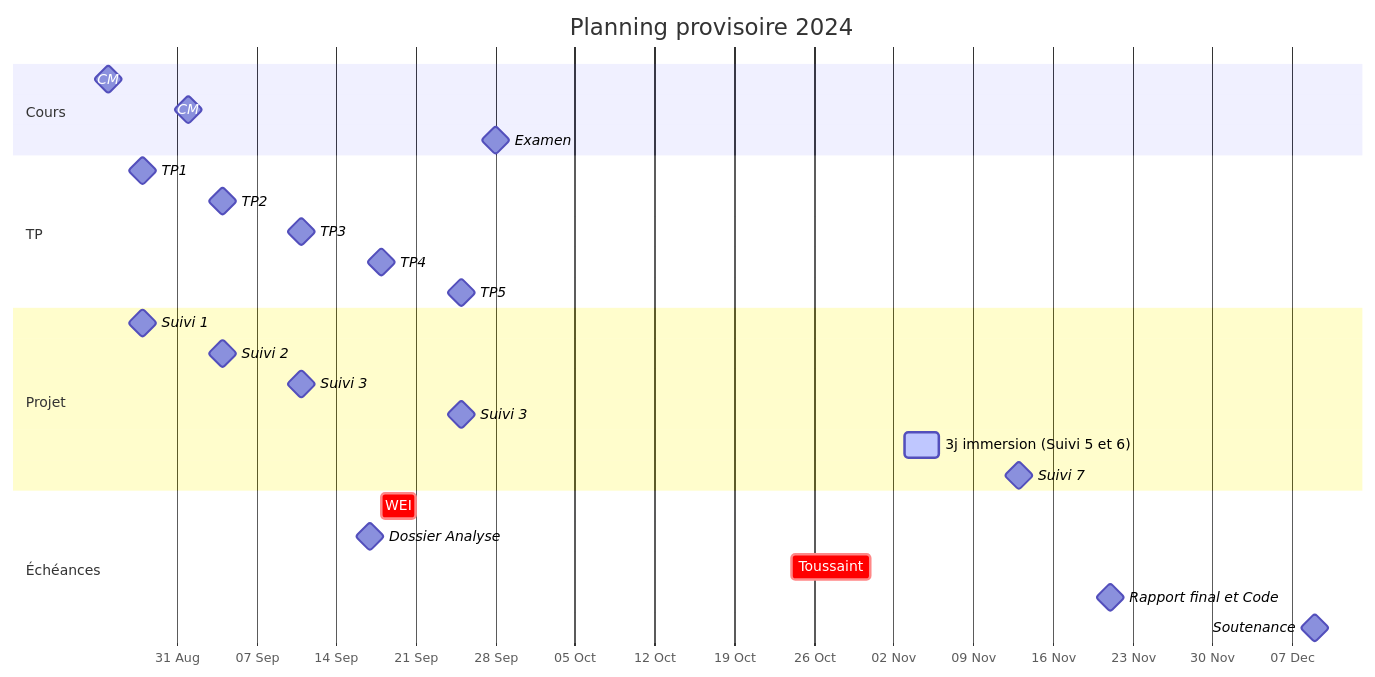
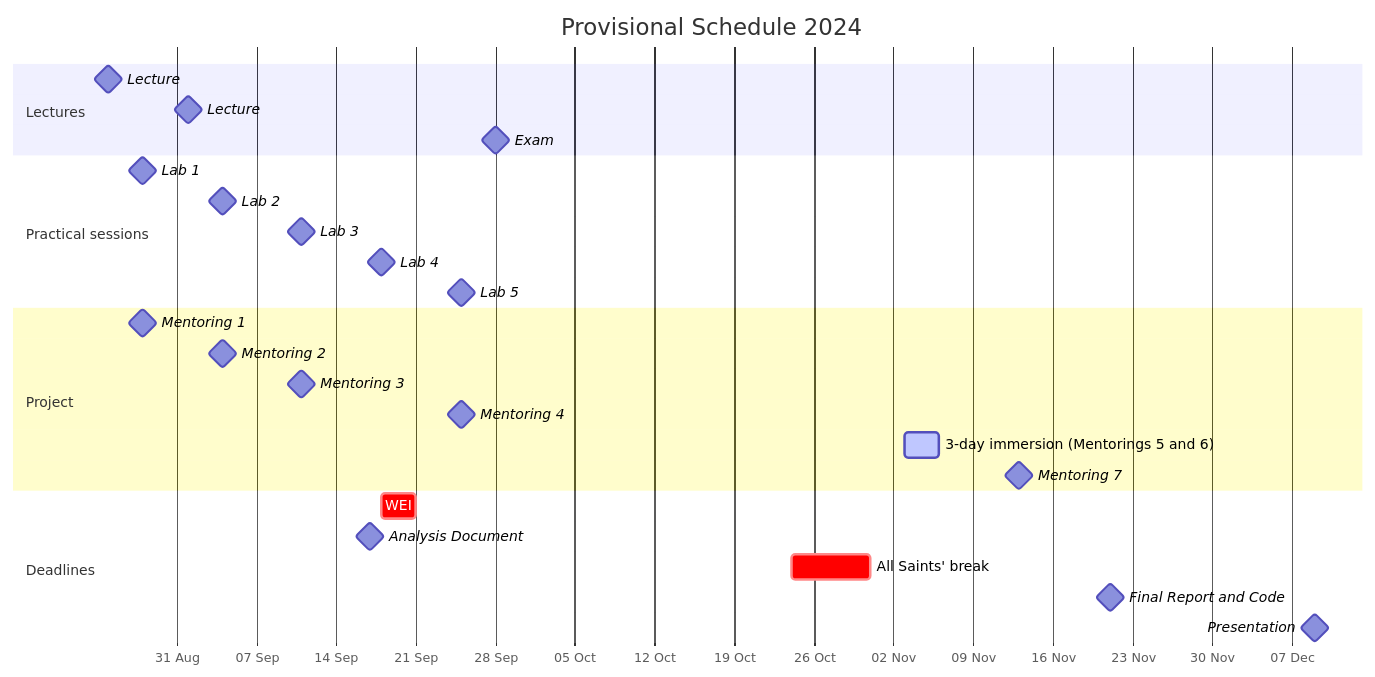
Before and after one commit to ludo2ne/ENSAI-2A-Projet-info: the diagram in quarto-site/doc/projet/presentation-eleves.qmd, drawn with Mermaid. The commit also changed other lines of this file and 11 other files, not shown here.

````diff
--- a/quarto-site/doc/projet/presentation-eleves.qmd
+++ b/quarto-site/doc/projet/presentation-eleves.qmd
@@ -52,34 +79,34 @@
 ```{mermaid}
 gantt
-    title Planning provisoire 2024
+    title Provisional Schedule 2024
     dateFormat  YYYY-MM-DD
     axisFormat  %d %b
     tickInterval 1week
     
-    section Cours
-    CM                           :milestone, 2025-08-25,
-    CM                           :milestone, 2025-09-01, 
-    Examen                       :milestone, 2025-09-28,
+    section Lectures
+    Lecture                      :milestone, 2025-08-25,
+    Lecture                      :milestone, 2025-09-01, 
+    Exam                         :milestone, 2025-09-28,
     
-    section TP
-    TP1                          :milestone, 2025-08-28,
-    TP2                          :milestone, 2025-09-04,
-    TP3                          :milestone, 2025-09-11,
-    TP4                          :milestone, 2025-09-18,
-    TP5                          :milestone, 2025-09-25,
+    section Practical sessions
+    Lab 1                        :milestone, 2025-08-28,
+    Lab 2                        :milestone, 2025-09-04,
+    Lab 3                        :milestone, 2025-09-11,
+    Lab 4                        :milestone, 2025-09-18,
+    Lab 5                        :milestone, 2025-09-25,
     
-    section Projet
-    Suivi 1                      :milestone, 2025-08-28,
-    Suivi 2                      :milestone, 2025-09-04,
-    Suivi 3                      :milestone, 2025-09-11,
-    Suivi 3                      :milestone, 2025-09-25,
-    3j immersion (Suivi 5 et 6)  :active,    2025-11-03, 3d
-    Suivi 7                      :milestone, 2025-11-13,
+    section Project
+    Mentoring 1                   :milestone, 2025-08-28,
+    Mentoring 2                   :milestone, 2025-09-04,
+    Mentoring 3                   :milestone, 2025-09-11,
+    Mentoring 4                   :milestone, 2025-09-25,
+    3-day immersion (Mentorings 5 and 6)  :active,    2025-11-03, 3d
+    Mentoring 7                   :milestone, 2025-11-13,
     
-    section Échéances
+    section Deadlines
     WEI                          :crit,      2025-09-18, 3d
-    Dossier Analyse              :milestone, 2025-09-17,
-    Toussaint                    :crit,      2025-10-24, 7d
-    Rapport final et Code        :milestone, 2025-11-21,
-    Soutenance                   :milestone, 2025-12-09,
+    Analysis Document            :milestone, 2025-09-17,
+    All Saints' break            :crit,      2025-10-24, 7d
+    Final Report and Code        :milestone, 2025-11-21,
+    Presentation                 :milestone, 2025-12-09,
 ```
````
